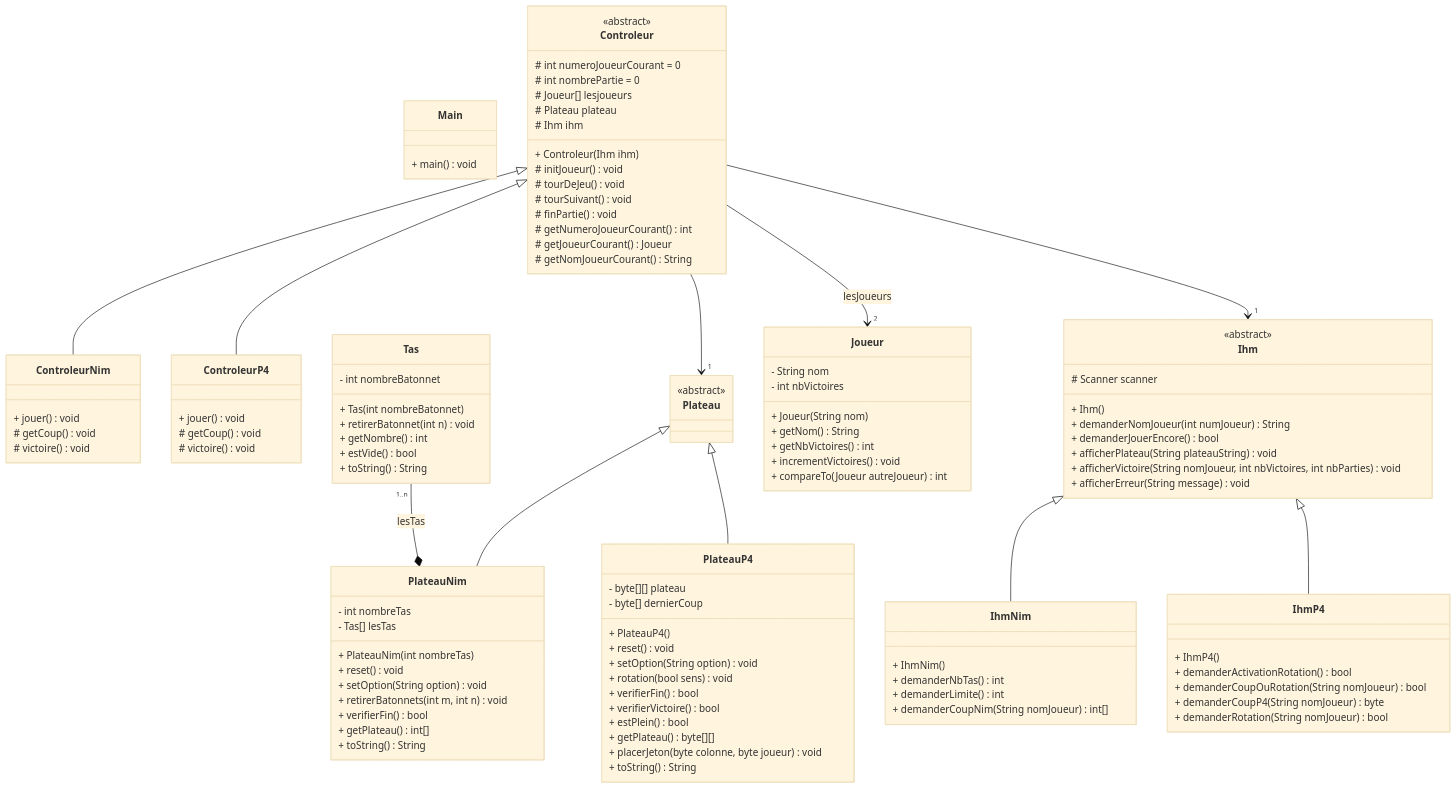
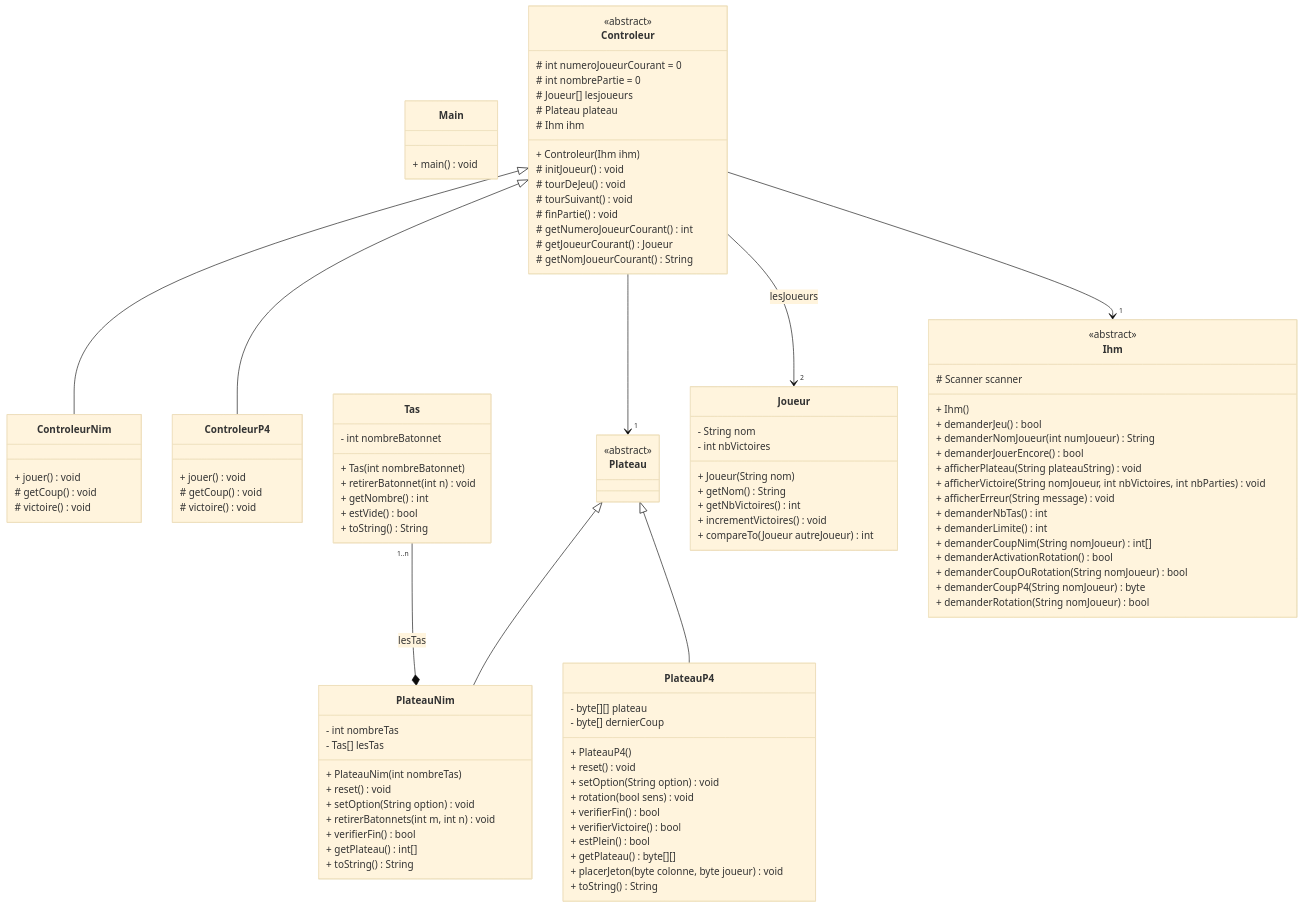
Before and after one commit to Kaawan-d20/CDA: the second of 2 diagrams in Document/Iteration3/Iteration3.md, drawn with Mermaid (base theme).

Commit message:
fusion des ihm + ajout demander jeu

```diff
--- a/Document/Iteration3/Iteration3.md
+++ b/Document/Iteration3/Iteration3.md
@@ -302,30 +302,20 @@
         # Scanner scanner
 
         + Ihm()
+        + demanderJeu() bool
         + demanderNomJoueur(int numJoueur) String
         + demanderJouerEncore() bool
         + afficherPlateau(String plateauString) void
         + afficherVictoire(String nomJoueur, int nbVictoires, int nbParties) void
         + afficherErreur(String message) void
-    }  
-
-    class IhmNim {
-        + IhmNim()
         + demanderNbTas() int
         + demanderLimite() int
         + demanderCoupNim(String nomJoueur) int[]
-    }
-
-    class IhmP4 {
-        + IhmP4()
         + demanderActivationRotation() bool
         + demanderCoupOuRotation(String nomJoueur) bool
         + demanderCoupP4(String nomJoueur) byte
         + demanderRotation(String nomJoueur) bool
     }
-
-    Ihm <|-- IhmNim
-    Ihm <|-- IhmP4
 
 
     Controleur --> "1" Plateau
```
